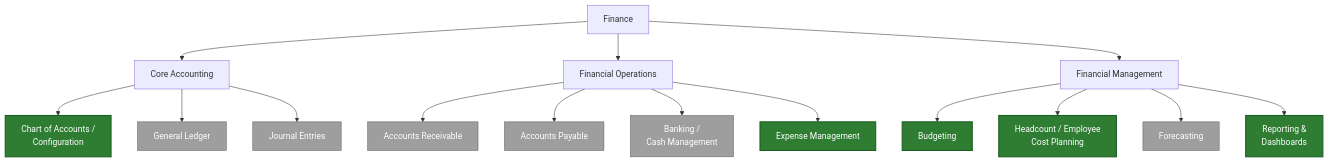
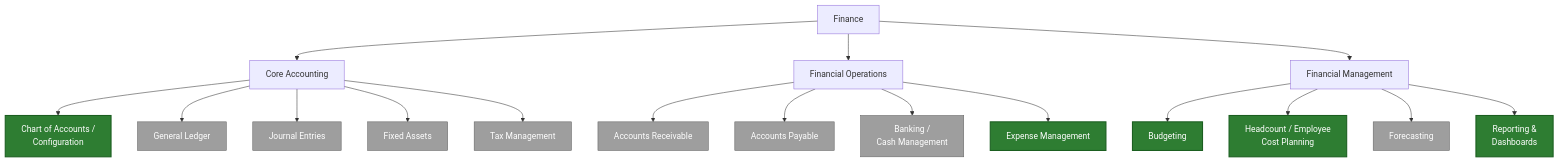
One commit to pgnaleen/nexus-crm changed the first of 8 diagrams in docs/project/epics/epic-8-finance.md. Above: the diagram before and after it, drawn with Mermaid. The commit also changed other lines of this file and 10 other files, not shown here.

First line of the commit message:
docs: move plan docs into docs/project/plans/, add Fixed Assets & Tax Management stubs

````diff
--- a/docs/project/epics/epic-8-finance.md
+++ b/docs/project/epics/epic-8-finance.md
@@ -19,27 +19,29 @@
 ```mermaid
 graph TD
     F[Finance]
     F --> CA[Core Accounting]
     F --> FO[Financial Operations]
     F --> FM[Financial Management]
 
     CA --> COA["Chart of Accounts /<br/>Configuration"]
     CA --> GL[General Ledger]
     CA --> JE[Journal Entries]
+    CA --> FA[Fixed Assets]
+    CA --> TAX["Tax Management"]
 
     FO --> AR[Accounts Receivable]
     FO --> AP[Accounts Payable]
     FO --> BANK["Banking /<br/>Cash Management"]
     FO --> EXP[Expense Management]
 
     FM --> BUD[Budgeting]
     FM --> HC["Headcount / Employee<br/>Cost Planning"]
     FM --> FC[Forecasting]
     FM --> REP["Reporting &<br/>Dashboards"]
 
     classDef built fill:#2e7d32,color:#fff,stroke:#1b5e20,stroke-width:2px;
     classDef stub fill:#9e9e9e,color:#fff,stroke:#616161,stroke-width:1px;
 
     class COA,EXP,BUD,HC,REP built
-    class GL,JE,AR,AP,BANK,FC stub
+    class GL,JE,AR,AP,BANK,FC,FA,TAX stub
 ```
````
